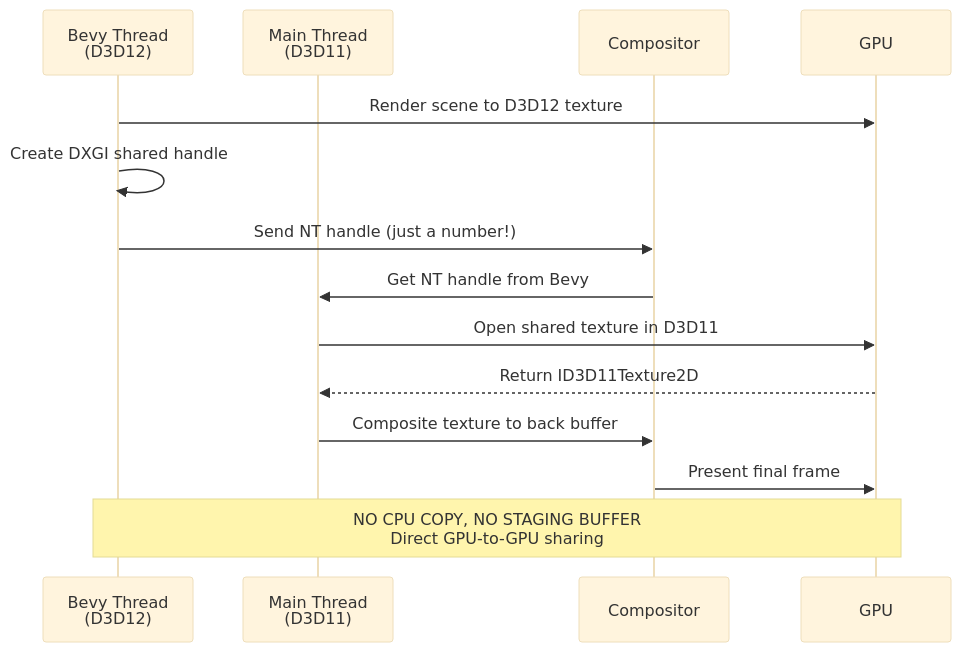
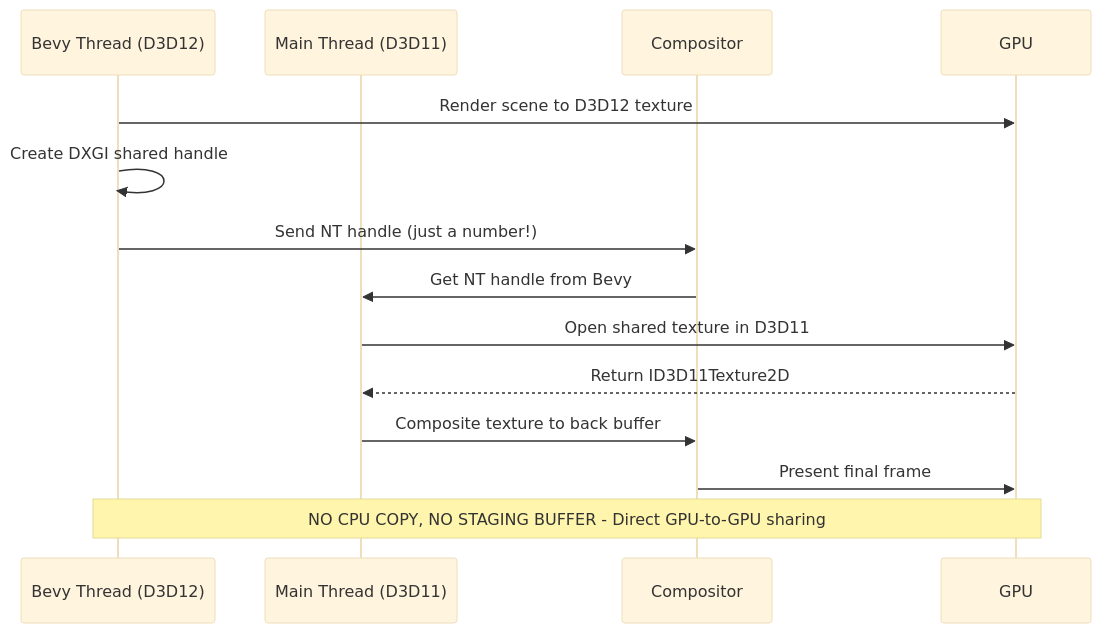
One commit to Far-Beyond-Pulsar/docs changed the second of 5 diagrams in public/docs/core-concepts/architecture.md. Above: the diagram before and after it, drawn with Mermaid (base theme). The commit also changed other lines of this file and 2 other files, not shown here.

First line of the commit message:
Refine architecture diagrams and update generated docs

````diff
--- a/public/docs/core-concepts/architecture.md
+++ b/public/docs/core-concepts/architecture.md
@@ -501,20 +501,20 @@
 ```mermaid
 sequenceDiagram
-    participant BT as Bevy Thread<br/>(D3D12)
-    participant MT as Main Thread<br/>(D3D11)
+    participant BT as Bevy Thread (D3D12)
+    participant MT as Main Thread (D3D11)
     participant COMP as Compositor
     participant GPU as GPU
 
     BT->>GPU: Render scene to D3D12 texture
     BT->>BT: Create DXGI shared handle
     BT->>COMP: Send NT handle (just a number!)
 
     COMP->>MT: Get NT handle from Bevy
     MT->>GPU: Open shared texture in D3D11
     GPU-->>MT: Return ID3D11Texture2D
 
     MT->>COMP: Composite texture to back buffer
     COMP->>GPU: Present final frame
 
-    Note over BT,GPU: NO CPU COPY, NO STAGING BUFFER<br/>Direct GPU-to-GPU sharing
+    Note over BT,GPU: NO CPU COPY, NO STAGING BUFFER - Direct GPU-to-GPU sharing
 ```
````
